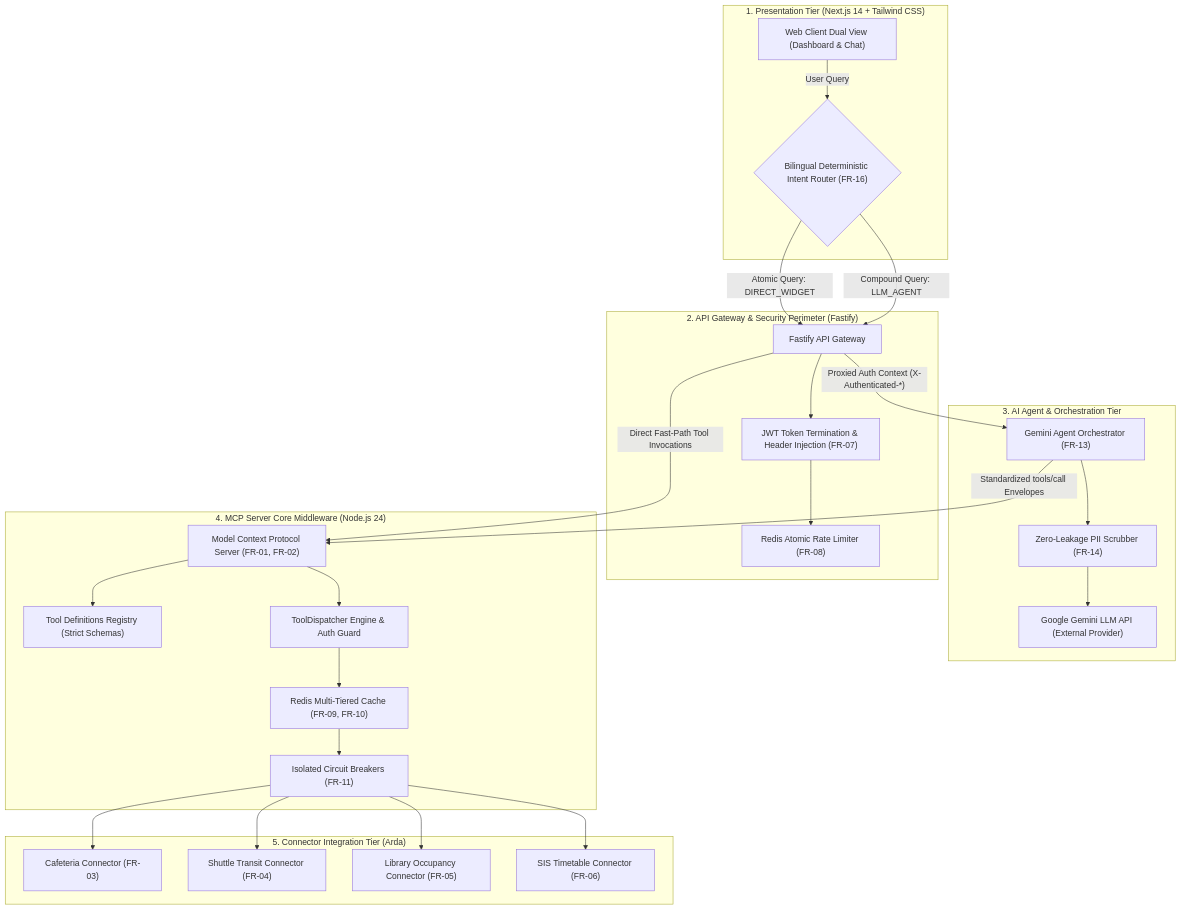
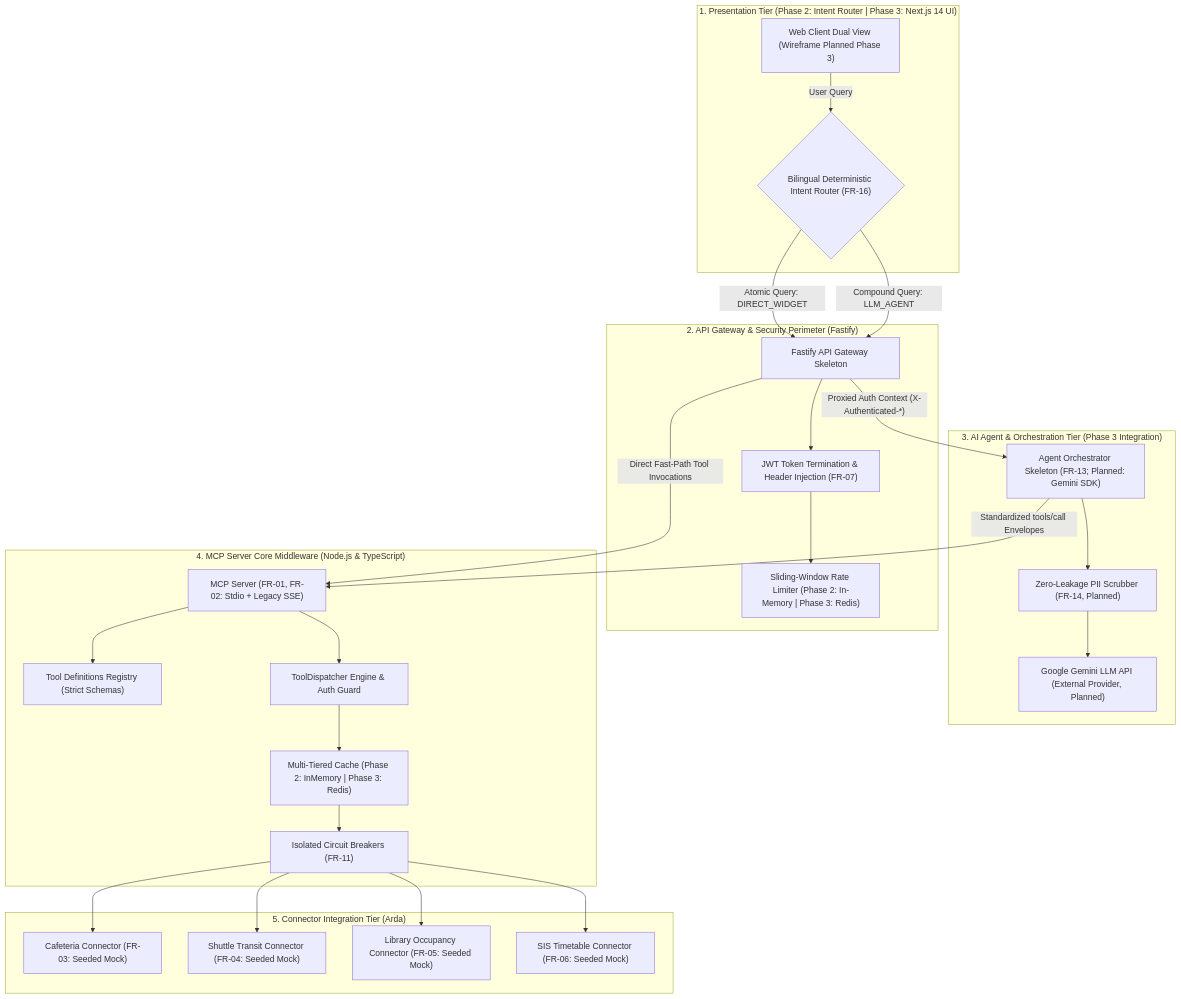
Before and after one commit to CPPpriest/BIL481-2026-Project: the first of 8 diagrams in docs/Design_Document.md, drawn with Mermaid. The commit also changed other lines of this file, not shown here.

Commit message:
edit docs(design): align implemented vs planned details, test counts, and task matrix

````diff
--- a/docs/Design_Document.md
+++ b/docs/Design_Document.md
@@ -98,56 +117,56 @@
 ```mermaid
 flowchart TD
-    subgraph Tier1["1. Presentation Tier (Next.js 14 + Tailwind CSS)"]
-        ClientUI["Web Client Dual View (Dashboard & Chat)"]
+    subgraph Tier1["1. Presentation Tier (Phase 2: Intent Router | Phase 3: Next.js 14 UI)"]
+        ClientUI["Web Client Dual View (Wireframe Planned Phase 3)"]
         Router{"Bilingual Deterministic Intent Router (FR-16)"}
         ClientUI -->|"User Query"| Router
     end
 
     subgraph Tier2["2. API Gateway & Security Perimeter (Fastify)"]
-        Gateway["Fastify API Gateway"]
+        Gateway["Fastify API Gateway Skeleton"]
         AuthBoundary["JWT Token Termination & Header Injection (FR-07)"]
-        RateLimiter["Redis Atomic Rate Limiter (FR-08)"]
+        RateLimiter["Sliding-Window Rate Limiter (Phase 2: In-Memory | Phase 3: Redis)"]
         Gateway --> AuthBoundary
         AuthBoundary --> RateLimiter
     end
 
-    subgraph Tier3["3. AI Agent & Orchestration Tier"]
-        Agent["Gemini Agent Orchestrator (FR-13)"]
-        PIIFilter["Zero-Leakage PII Scrubber (FR-14)"]
-        GeminiAPI["Google Gemini LLM API (External Provider)"]
+    subgraph Tier3["3. AI Agent & Orchestration Tier (Phase 3 Integration)"]
+        Agent["Agent Orchestrator Skeleton (FR-13; Planned: Gemini SDK)"]
+        PIIFilter["Zero-Leakage PII Scrubber (FR-14, Planned)"]
+        GeminiAPI["Google Gemini LLM API (External Provider, Planned)"]
         Agent --> PIIFilter
         PIIFilter --> GeminiAPI
     end
 
-    subgraph Tier4["4. MCP Server Core Middleware (Node.js 24)"]
-        MCPServer["Model Context Protocol Server (FR-01, FR-02)"]
+    subgraph Tier4["4. MCP Server Core Middleware (Node.js & TypeScript)"]
+        MCPServer["MCP Server (FR-01, FR-02: Stdio + Legacy SSE)"]
         ToolRegistry["Tool Definitions Registry (Strict Schemas)"]
         Dispatcher["ToolDispatcher Engine & Auth Guard"]
-        CacheStore["Redis Multi-Tiered Cache (FR-09, FR-10)"]
+        CacheStore["Multi-Tiered Cache (Phase 2: InMemory | Phase 3: Redis)"]
         CircuitBreaker["Isolated Circuit Breakers (FR-11)"]
 
         MCPServer --> ToolRegistry
         MCPServer --> Dispatcher
         Dispatcher --> CacheStore
         CacheStore --> CircuitBreaker
     end
 
     subgraph Tier5["5. Connector Integration Tier (Arda)"]
-        DiningConn["Cafeteria Connector (FR-03)"]
-        ShuttleConn["Shuttle Transit Connector (FR-04)"]
-        LibraryConn["Library Occupancy Connector (FR-05)"]
-        SISConn["SIS Timetable Connector (FR-06)"]
+        DiningConn["Cafeteria Connector (FR-03: Seeded Mock)"]
+        ShuttleConn["Shuttle Transit Connector (FR-04: Seeded Mock)"]
+        LibraryConn["Library Occupancy Connector (FR-05: Seeded Mock)"]
+        SISConn["SIS Timetable Connector (FR-06: Seeded Mock)"]
 
         CircuitBreaker --> DiningConn
         CircuitBreaker --> ShuttleConn
         CircuitBreaker --> LibraryConn
         CircuitBreaker --> SISConn
     end
 
     %% Data Routing Links
     Router -->|"Atomic Query: DIRECT_WIDGET"| Gateway
     Router -->|"Compound Query: LLM_AGENT"| Gateway
     Gateway -->|"Proxied Auth Context (X-Authenticated-*)"| Agent
     Gateway -->|"Direct Fast-Path Tool Invocations"| MCPServer
     Agent -->|"Standardized tools/call Envelopes"| MCPServer
 ```
````
